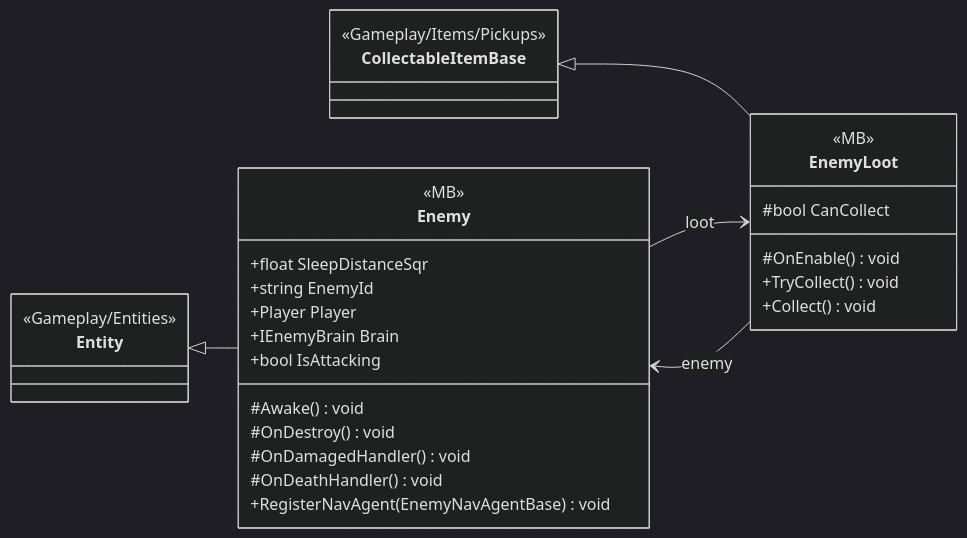
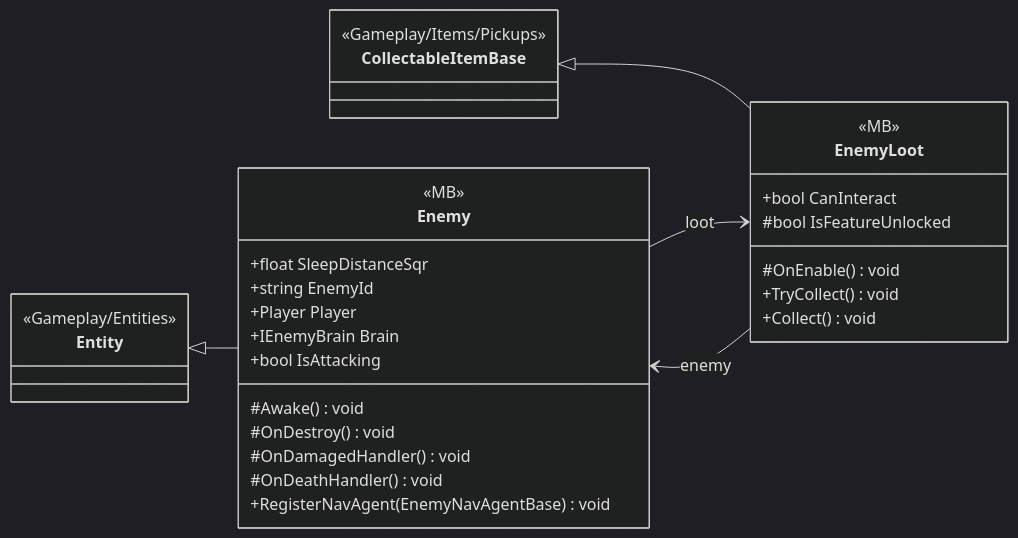
One commit to PhumipatWave/project-ocean changed the diagram in docs/uml/modules/Gameplay_Entities_Enemies.md. Above: the diagram before and after it, drawn with Mermaid (dark theme). The commit also changed other lines of this file and 102 other files, not shown here.

````diff
--- a/docs/uml/modules/Gameplay_Entities_Enemies.md
+++ b/docs/uml/modules/Gameplay_Entities_Enemies.md
@@ -7,34 +7,35 @@
 ```mermaid
 classDiagram
   direction LR
   class Enemy {
     <<MB>>
     +float SleepDistanceSqr
     +string EnemyId
     +Player Player
     +IEnemyBrain Brain
     +bool IsAttacking
     #Awake() void
     #OnDestroy() void
     #OnDamagedHandler() void
     #OnDeathHandler() void
     +RegisterNavAgent(EnemyNavAgentBase) void
   }
   class EnemyLoot {
     <<MB>>
-    #bool CanCollect
+    +bool CanInteract
+    #bool IsFeatureUnlocked
     #OnEnable() void
     +TryCollect() void
     +Collect() void
   }
   class CollectableItemBase {
     <<Gameplay/Items/Pickups>>
   }
   class Entity {
     <<Gameplay/Entities>>
   }
   CollectableItemBase <|-- EnemyLoot
   Enemy --> EnemyLoot : loot
   EnemyLoot --> Enemy : enemy
   Entity <|-- Enemy
 ```
````
